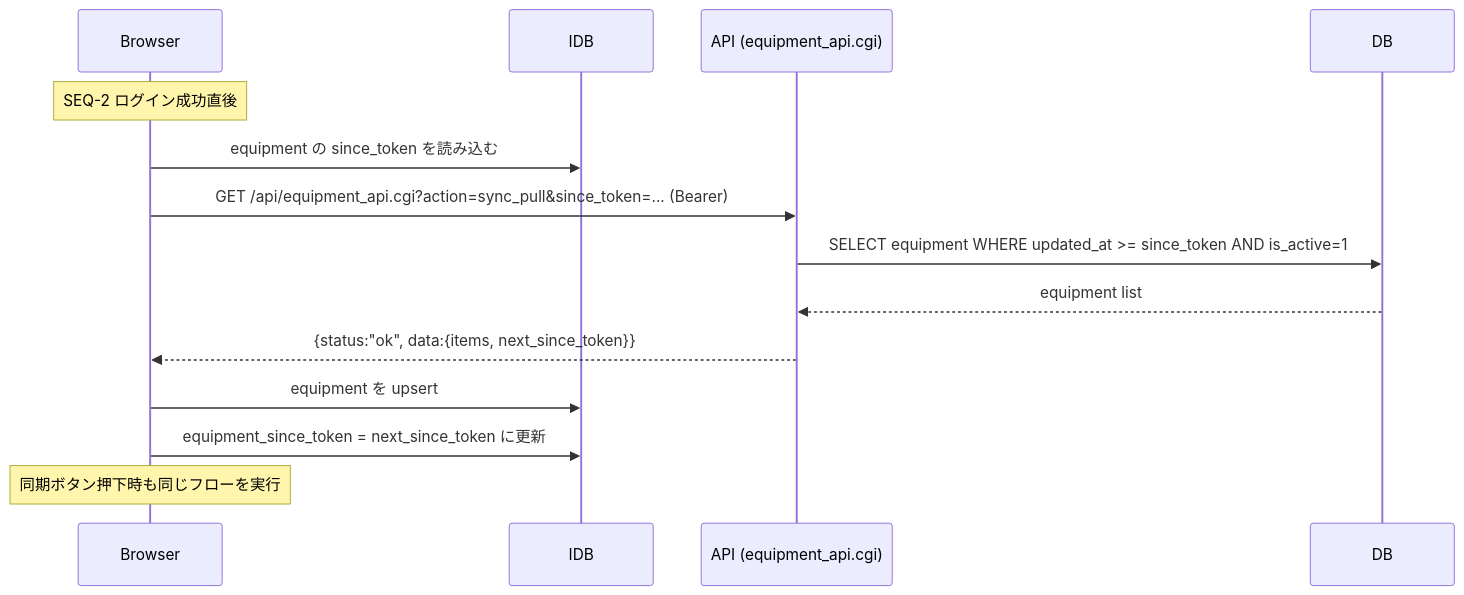
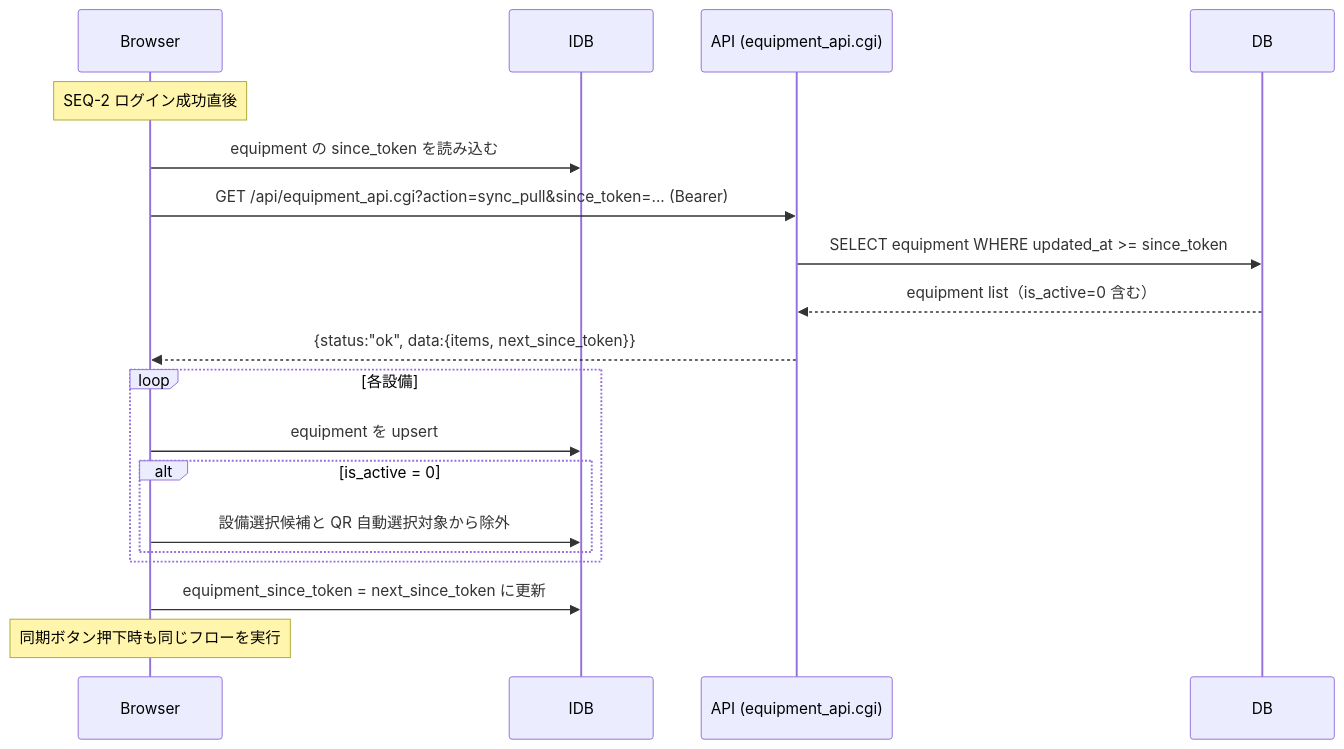
One commit to garyohosu/worklog-pwa changed diagram 19 of 24 in SEQUENCE.md. Above: the diagram before and after it, drawn with Mermaid. The commit also changed other lines of this file and 2 other files, not shown here.

Commit message:
docs: align sequence flows with sync rules

````diff
--- a/SEQUENCE.md
+++ b/SEQUENCE.md
@@ -471,17 +490,22 @@
 ```mermaid
 sequenceDiagram
   participant Browser
   participant IDB
   participant API as API (equipment_api.cgi)
   participant DB
 
   Note over Browser: SEQ-2 ログイン成功直後
   Browser->>IDB: equipment の since_token を読み込む
   Browser->>API: GET /api/equipment_api.cgi?action=sync_pull&since_token=... (Bearer)
-  API->>DB: SELECT equipment WHERE updated_at >= since_token AND is_active=1
-  DB-->>API: equipment list
+  API->>DB: SELECT equipment WHERE updated_at >= since_token
+  DB-->>API: equipment list（is_active=0 含む）
   API-->>Browser: {status:"ok", data:{items, next_since_token}}
-  Browser->>IDB: equipment を upsert
+  loop 各設備
+    Browser->>IDB: equipment を upsert
+    alt is_active = 0
+      Browser->>IDB: 設備選択候補と QR 自動選択対象から除外
+    end
+  end
   Browser->>IDB: equipment_since_token = next_since_token に更新
   Note over Browser: 同期ボタン押下時も同じフローを実行
 ```
````
